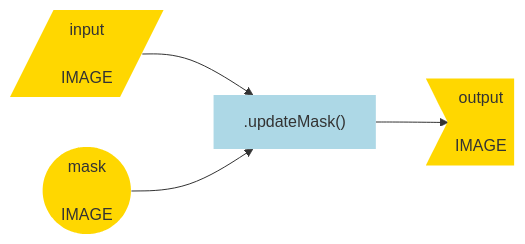
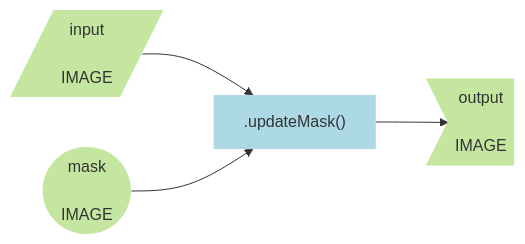
Diagram 11 of 17 in src/workflows/grassland_bird_habitat.md (jeffhowarth/eeprimer), drawn with Mermaid before and after one commit. The commit also changed other lines of this file and 5 other files, not shown here.

````diff
--- a/src/workflows/grassland_bird_habitat.md
+++ b/src/workflows/grassland_bird_habitat.md
@@ -501,11 +501,11 @@
 ``` mermaid
 graph LR
   input[/input\n\nIMAGE/] --> method1[".updateMask()"] ;
   arg_att1([mask\n\nIMAGE]) --> method1;
   method1 --> output>output\n\nIMAGE];
 
-  style input fill:#FFD700,stroke-width:0px
+  style input fill:#C5E6A1,stroke-width:0px
   style method1 fill:#ADD8E6,stroke-width:0px
-  style output fill:#FFD700,stroke-width:0px
-  style arg_att1 fill:#FFD700,stroke-width:0px
+  style output fill:#C5E6A1,stroke-width:0px
+  style arg_att1 fill:#C5E6A1,stroke-width:0px
 ```
````
